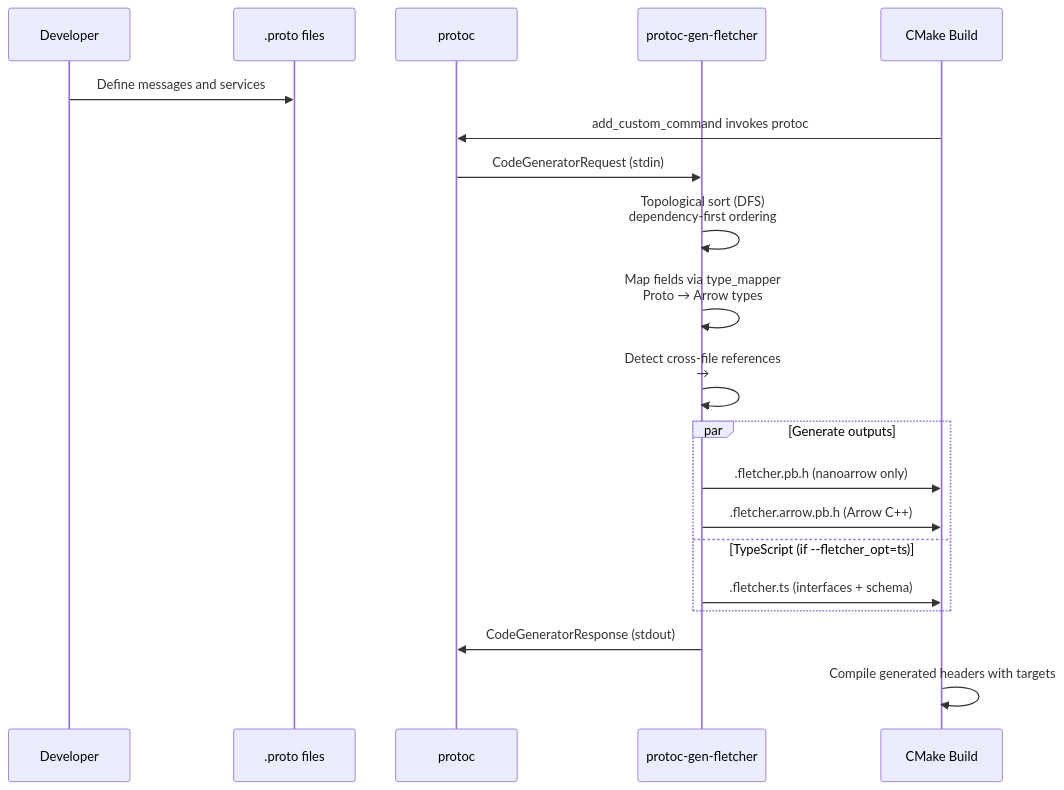
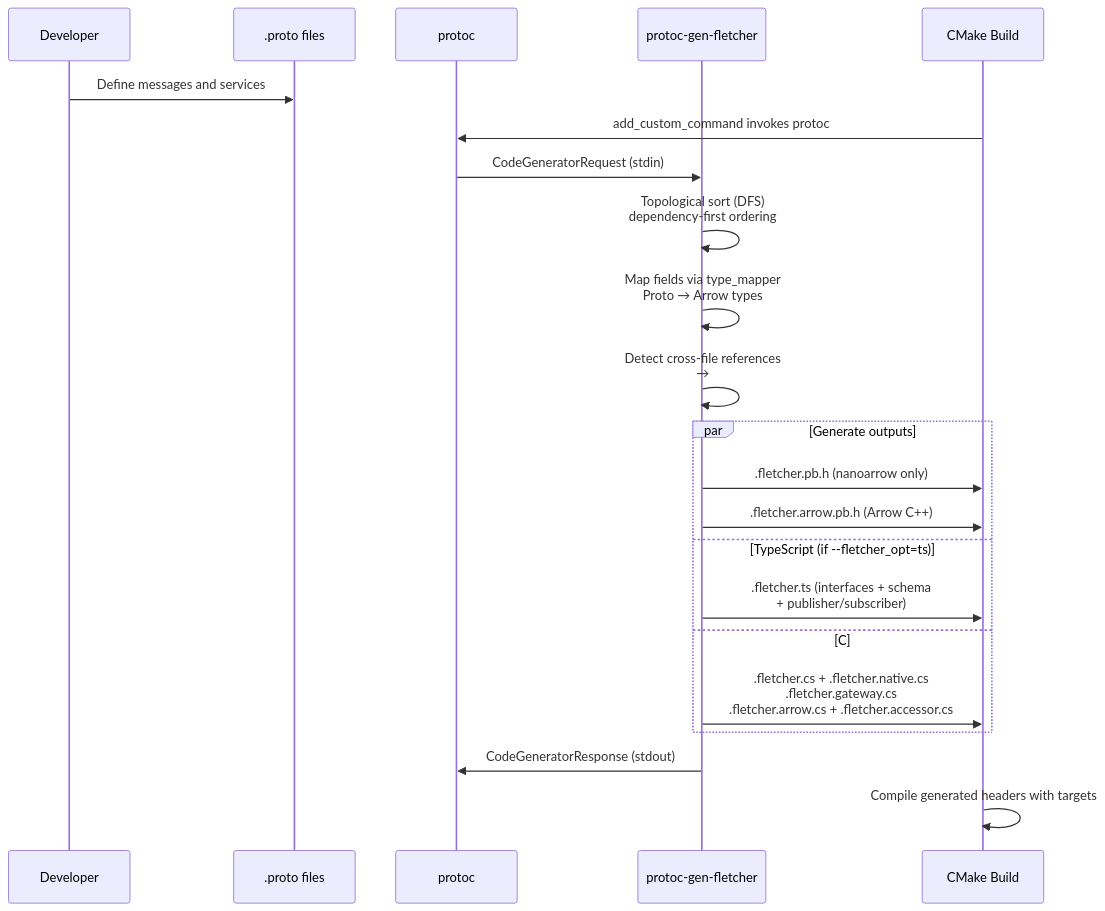
The fifth of 7 diagrams in docs/data-flow-diagrams.md (eivacom/Fletcher), drawn with Mermaid before and after one commit. The commit also changed other lines of this file and 7 other files, not shown here.

````diff
--- a/docs/data-flow-diagrams.md
+++ b/docs/data-flow-diagrams.md
@@ -107,26 +139,28 @@
 ```mermaid
 sequenceDiagram
     participant DEV as Developer
     participant PROTO as .proto files
     participant PROTOC as protoc
     participant PLUGIN as protoc-gen-fletcher
     participant CMAKE as CMake Build
 
     DEV->>PROTO: Define messages and services
     CMAKE->>PROTOC: add_custom_command invokes protoc
     PROTOC->>PLUGIN: CodeGeneratorRequest (stdin)
 
     PLUGIN->>PLUGIN: Topological sort (DFS)<br/>dependency-first ordering
     PLUGIN->>PLUGIN: Map fields via type_mapper<br/>Proto → Arrow types
     PLUGIN->>PLUGIN: Detect cross-file references<br/>→ #include directives
 
     par Generate outputs
         PLUGIN->>CMAKE: .fletcher.pb.h (nanoarrow only)
         PLUGIN->>CMAKE: .fletcher.arrow.pb.h (Arrow C++)
     and TypeScript (if --fletcher_opt=ts)
-        PLUGIN->>CMAKE: .fletcher.ts (interfaces + schema)
+        PLUGIN->>CMAKE: .fletcher.ts (interfaces + schema<br/>+ publisher/subscriber)
+    and C# (if --fletcher_opt=csharp, csharp_gateway, csharp_accessor)
+        PLUGIN->>CMAKE: .fletcher.cs + .fletcher.native.cs<br/>.fletcher.gateway.cs<br/>.fletcher.arrow.cs + .fletcher.accessor.cs
     end
 
     PLUGIN->>PROTOC: CodeGeneratorResponse (stdout)
     CMAKE->>CMAKE: Compile generated headers with targets
 ```
````
